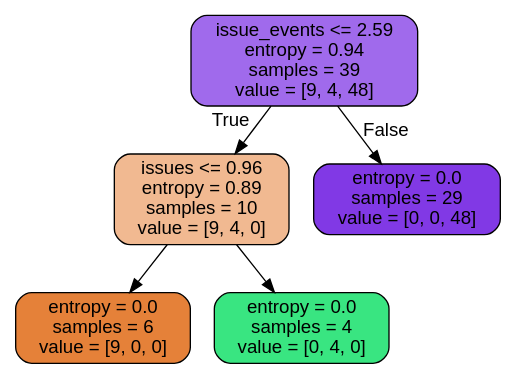
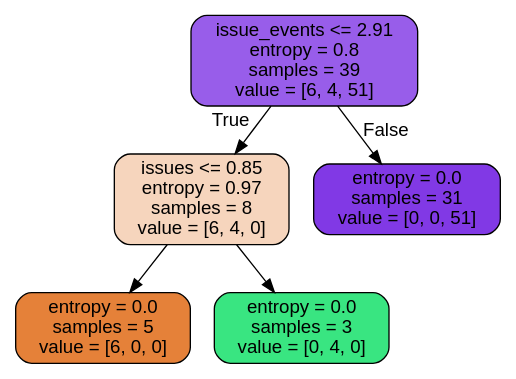
The diagram in python37/user_cluster/user_forest_symfony_3c.dot (lancepokaiwang/GitHub-Recommender-System), drawn with Graphviz before and after one commit. The commit also changed 22 other files, not shown here.

```diff
--- a/python37/user_cluster/user_forest_symfony_3c.dot
+++ b/python37/user_cluster/user_forest_symfony_3c.dot
@@ -1,13 +1,13 @@
 digraph Tree {
 node [shape=box, style="filled, rounded", color="black", fontname=helvetica] ;
 edge [fontname=helvetica] ;
-0 [label="issue_events <= 2.59\nentropy = 0.94\nsamples = 39\nvalue = [9, 4, 48]", fillcolor="#a06aec"] ;
-1 [label="issues <= 0.96\nentropy = 0.89\nsamples = 10\nvalue = [9, 4, 0]", fillcolor="#f1b991"] ;
+0 [label="issue_events <= 2.91\nentropy = 0.8\nsamples = 39\nvalue = [6, 4, 51]", fillcolor="#985dea"] ;
+1 [label="issues <= 0.85\nentropy = 0.97\nsamples = 8\nvalue = [6, 4, 0]", fillcolor="#f6d5bd"] ;
 0 -> 1 [labeldistance=2.5, labelangle=45, headlabel="True"] ;
-2 [label="entropy = 0.0\nsamples = 6\nvalue = [9, 0, 0]", fillcolor="#e58139"] ;
+2 [label="entropy = 0.0\nsamples = 5\nvalue = [6, 0, 0]", fillcolor="#e58139"] ;
 1 -> 2 ;
-3 [label="entropy = 0.0\nsamples = 4\nvalue = [0, 4, 0]", fillcolor="#39e581"] ;
+3 [label="entropy = 0.0\nsamples = 3\nvalue = [0, 4, 0]", fillcolor="#39e581"] ;
 1 -> 3 ;
-4 [label="entropy = 0.0\nsamples = 29\nvalue = [0, 0, 48]", fillcolor="#8139e5"] ;
+4 [label="entropy = 0.0\nsamples = 31\nvalue = [0, 0, 51]", fillcolor="#8139e5"] ;
 0 -> 4 [labeldistance=2.5, labelangle=-45, headlabel="False"] ;
 }
```
